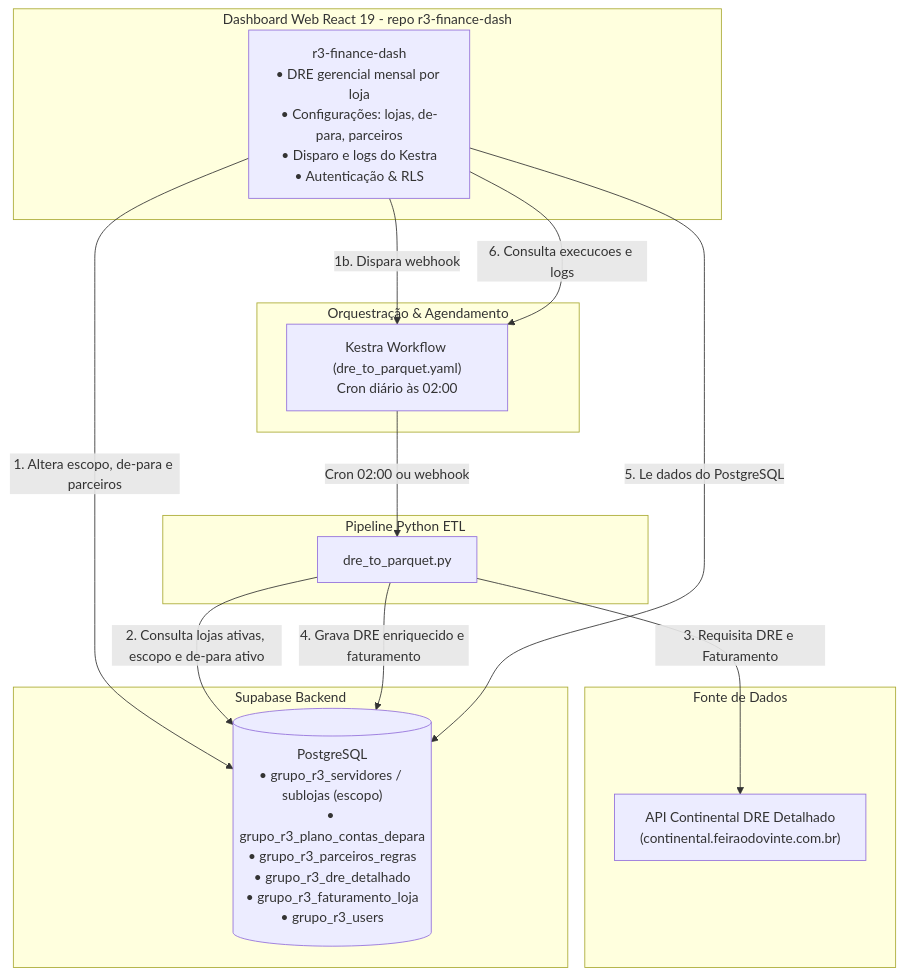
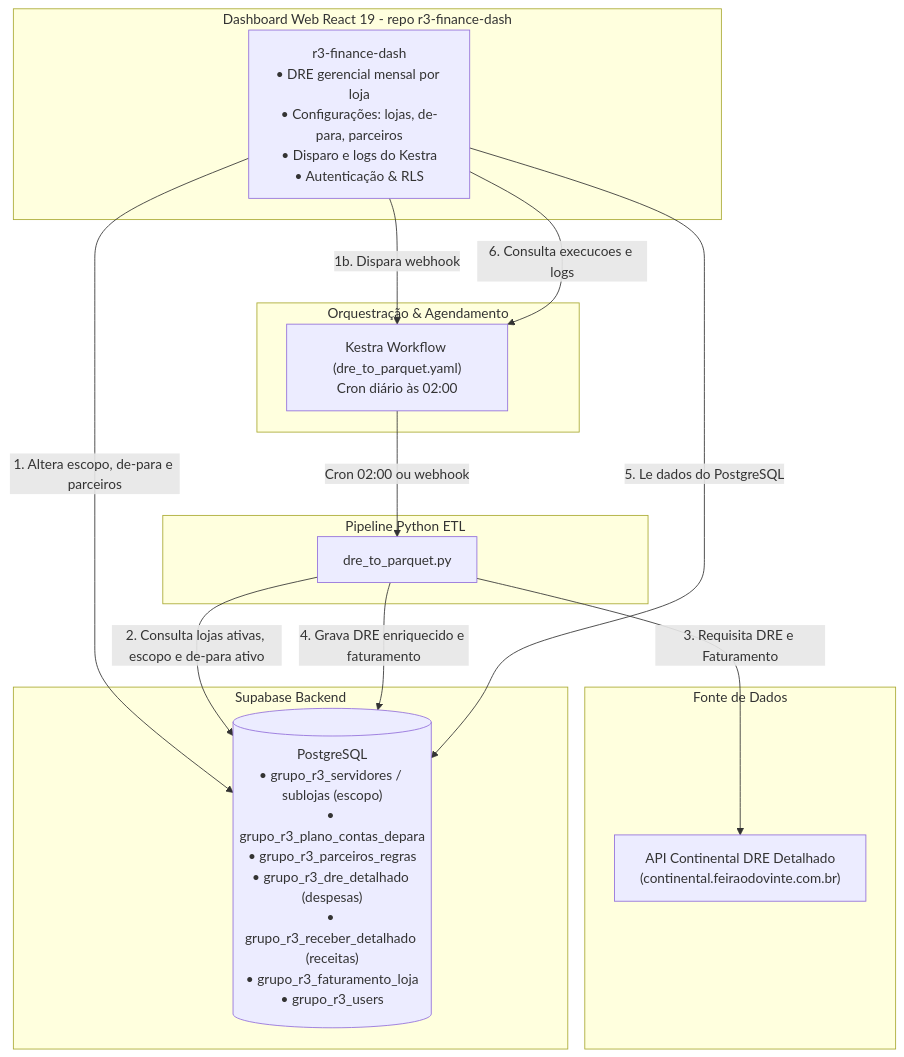
Before and after one commit to scoretecnologia/grupo-r3-api: the diagram in DOCUMENTACAO_PROJETO.md, drawn with Mermaid. The commit also changed other lines of this file and 2 other files, not shown here.

Commit message:
feat(etl): adicionar suporte a receitas detalhadas via dre-detalhado-receber

````diff
--- a/DOCUMENTACAO_PROJETO.md
+++ b/DOCUMENTACAO_PROJETO.md
@@ -19,32 +19,32 @@
 ```mermaid
 flowchart TD
     subgraph API_Externa [Fonte de Dados]
         DRE["API Continental DRE Detalhado\n(continental.feiraodovinte.com.br)"]
     end
 
     subgraph Orquestracao [Orquestração & Agendamento]
         Kestra["Kestra Workflow (dre_to_parquet.yaml)\nCron diário às 02:00"]
     end
 
     subgraph ETL [Pipeline Python ETL]
         Script["dre_to_parquet.py"]
     end
 
     subgraph Supabase [Supabase Backend]
-        DB[("PostgreSQL\n• grupo_r3_servidores / sublojas (escopo)\n• grupo_r3_plano_contas_depara\n• grupo_r3_parceiros_regras\n• grupo_r3_dre_detalhado\n• grupo_r3_faturamento_loja\n• grupo_r3_users")]
+        DB[("PostgreSQL\n• grupo_r3_servidores / sublojas (escopo)\n• grupo_r3_plano_contas_depara\n• grupo_r3_parceiros_regras\n• grupo_r3_dre_detalhado (despesas)\n• grupo_r3_receber_detalhado (receitas)\n• grupo_r3_faturamento_loja\n• grupo_r3_users")]
     end
 
     subgraph Frontend [Dashboard Web React 19 - repo r3-finance-dash]
         Dash["r3-finance-dash\n• DRE gerencial mensal por loja\n• Configurações: lojas, de-para, parceiros\n• Disparo e logs do Kestra\n• Autenticação & RLS"]
     end
 
     %% Fluxos
     Kestra -->|Cron 02:00 ou webhook| Script
     Dash -->|1. Altera escopo, de-para e parceiros| DB
     Dash -->|1b. Dispara webhook| Kestra
     Script -->|2. Consulta lojas ativas, escopo e de-para ativo| DB
     Script -->|3. Requisita DRE e Faturamento| DRE
     Script -->|4. Grava DRE enriquecido e faturamento| DB
     Dash -->|5. Le dados do PostgreSQL| DB
     Dash -->|6. Consulta execucoes e logs| Kestra
 ```
````
